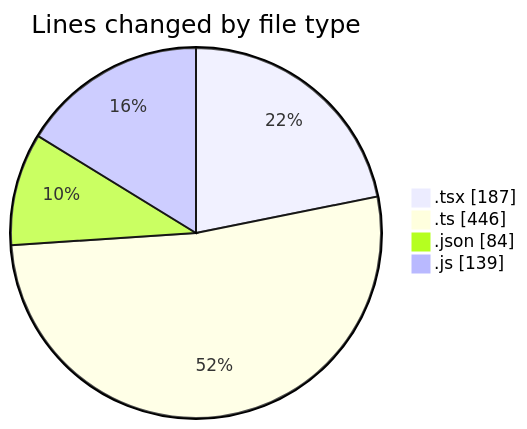
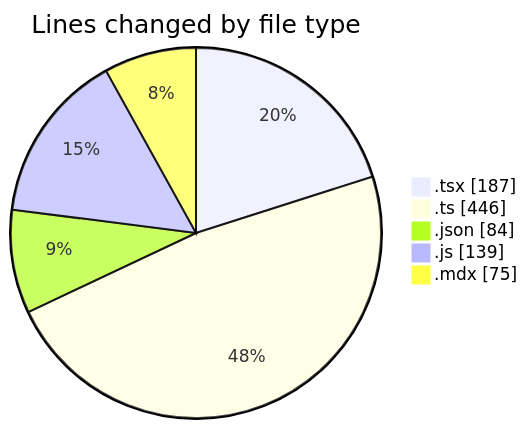
Before and after one commit to momahboobian/code-tracking: the first of 2 diagrams in 2026-03-30/cda/README.md, drawn with Mermaid. The commit also changed other lines of this file and 1 other file, not shown here.

````diff
--- a/2026-03-30/cda/README.md
+++ b/2026-03-30/cda/README.md
@@ -23,8 +24,9 @@
 ```mermaid
 pie showData
 title Lines changed by file type
 ".tsx" : 187
 ".ts" : 446
 ".json" : 84
 ".js" : 139
+".mdx" : 75
 ```
````
